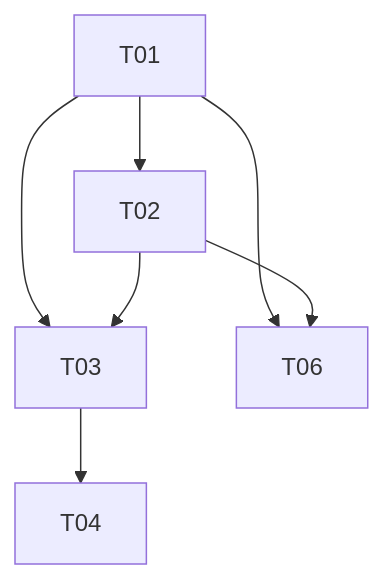
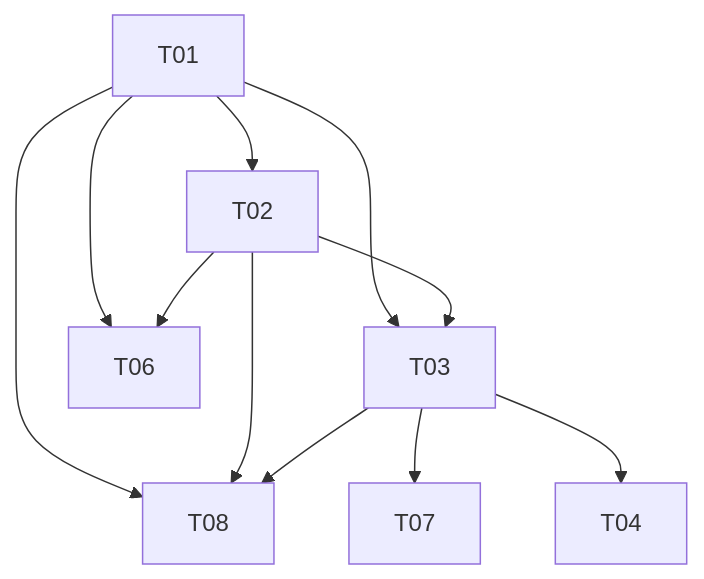
The diagram in docs/work/view-logic-refactor-swarm-20260206/tasks.md (Eotel/live-graphic-recorder), drawn with Mermaid before and after one commit. The commit also changed other lines of this file and 4 other files, not shown here.

````diff
--- a/docs/work/view-logic-refactor-swarm-20260206/tasks.md
+++ b/docs/work/view-logic-refactor-swarm-20260206/tasks.md
@@ -14,9 +16,13 @@
 ```mermaid
 graph TD
     T01 --> T02
     T01 --> T03
     T02 --> T03
     T03 --> T04
     T01 --> T06
     T02 --> T06
+    T03 --> T07
+    T01 --> T08
+    T02 --> T08
+    T03 --> T08
 ```
````
